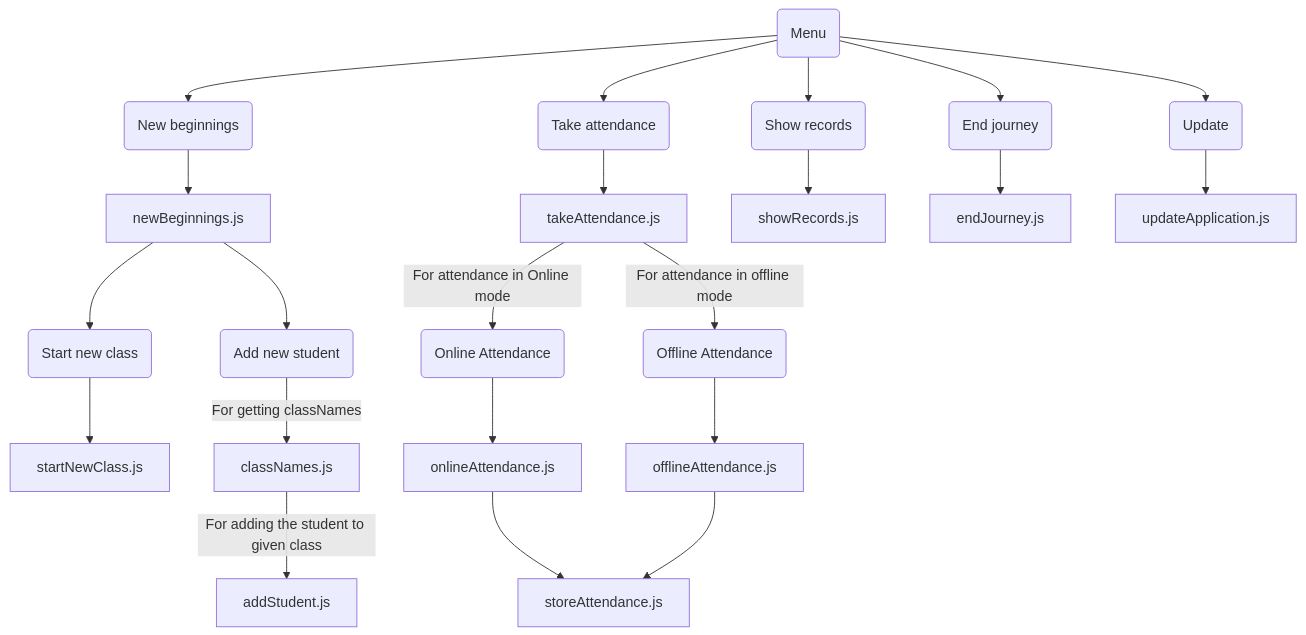
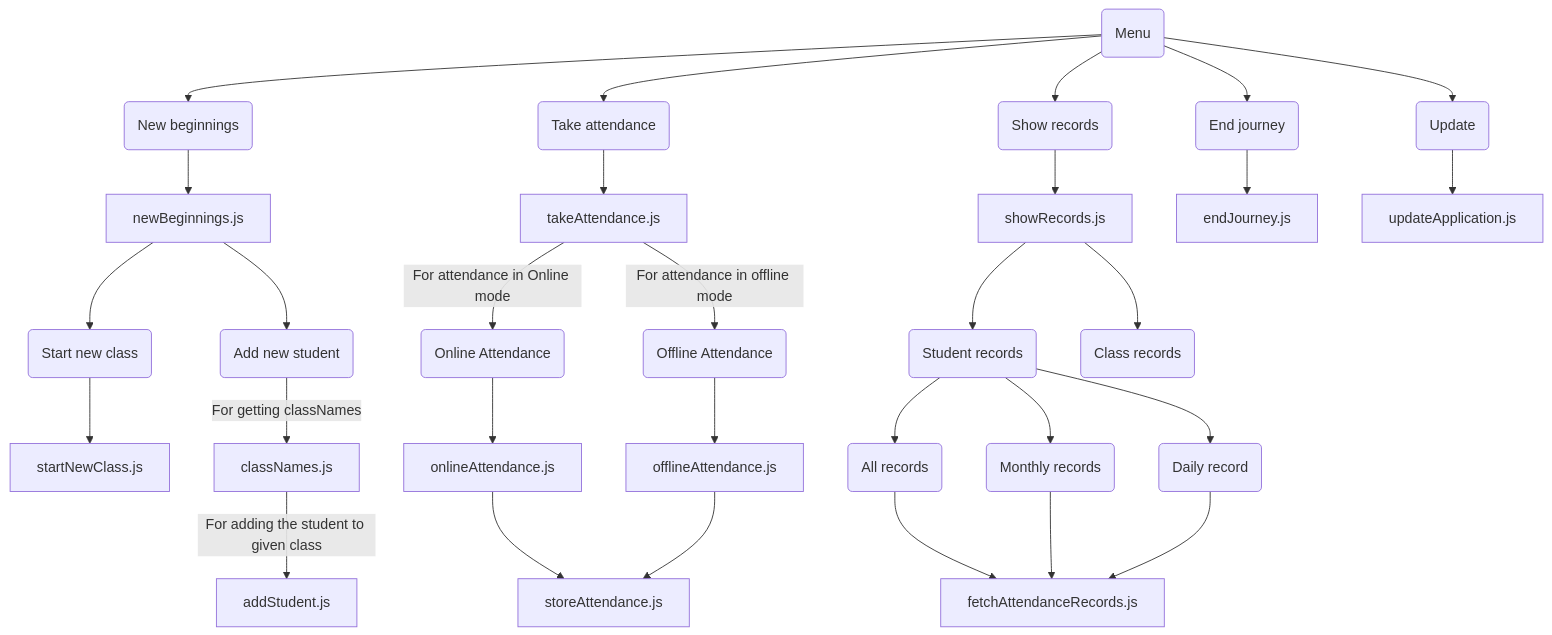
The diagram in SystemArchitecture.md (Sam-Varghese/TeachersKit), drawn with Mermaid before and after one commit.

Commit message:
Updates to flowchart

````diff
--- a/SystemArchitecture.md
+++ b/SystemArchitecture.md
@@ -1,45 +1,60 @@
 ```mermaid
 flowchart TB;
 
 %% Creating menu items
 
 menu(Menu) --> newBeg(New beginnings)
 menu --> takAtt(Take attendance)
 menu --> shRec(Show records)
 menu --> endJrn(End journey)
 menu --> upd(Update)
 
 %% Putting up the file names for resp. menu items
 
 newBeg --> newBegFil[newBeginnings.js]
 takAtt --> takAttFil[takeAttendance.js]
 shRec --> shRecFil[showRecords.js]
 endJrn --> endJrnFil[endJourney.js]
 upd --> updFil[updateApplication.js]
 
 %% Menu items of New beginnings
 
 newBegFil --> newBegOpt1(Start new class)
 newBegFil --> newBegOpt2(Add new student)
 
 %% Files for all menu items of new Beginnings
 
 newBegOpt1 --> newBegOpt1Fil[startNewClass.js]
 newBegOpt2 --> |For getting classNames|newBegOpt2File1[classNames.js]
 newBegOpt2File1 --> |For adding the student to given class|newBegOpt2File2[addStudent.js]
 
 %% Menu items for taking attendance
 
 takAttFil --> |For attendance in Online mode|onlAtt(Online Attendance)
 takAttFil --> |For attendance in offline mode|offAtt(Offline Attendance)
 
 %% Files required for respective menu items of modes of attendance
 
 onlAtt --> onlAttFil[onlineAttendance.js]
 offAtt --> offAttFile[offlineAttendance.js]
 
 onlAttFil --> strAtt[storeAttendance.js]
 offAttFile --> strAtt
 
+%% Working on showRecords menu items
 
+shRecFil --> stuRec(Student records)
+shRecFil --> classRec(Class records)
+
+%% Working on student records
+
+stuRec --> allRec(All records)
+stuRec --> monthlyRec(Monthly records)
+stuRec --> dailyRec(Daily record)
+
+%% Working on student records menu item files
+
+allRec --> recordsProg[fetchAttendanceRecords.js]
+monthlyRec --> recordsProg
+dailyRec --> recordsProg
 ```
````
